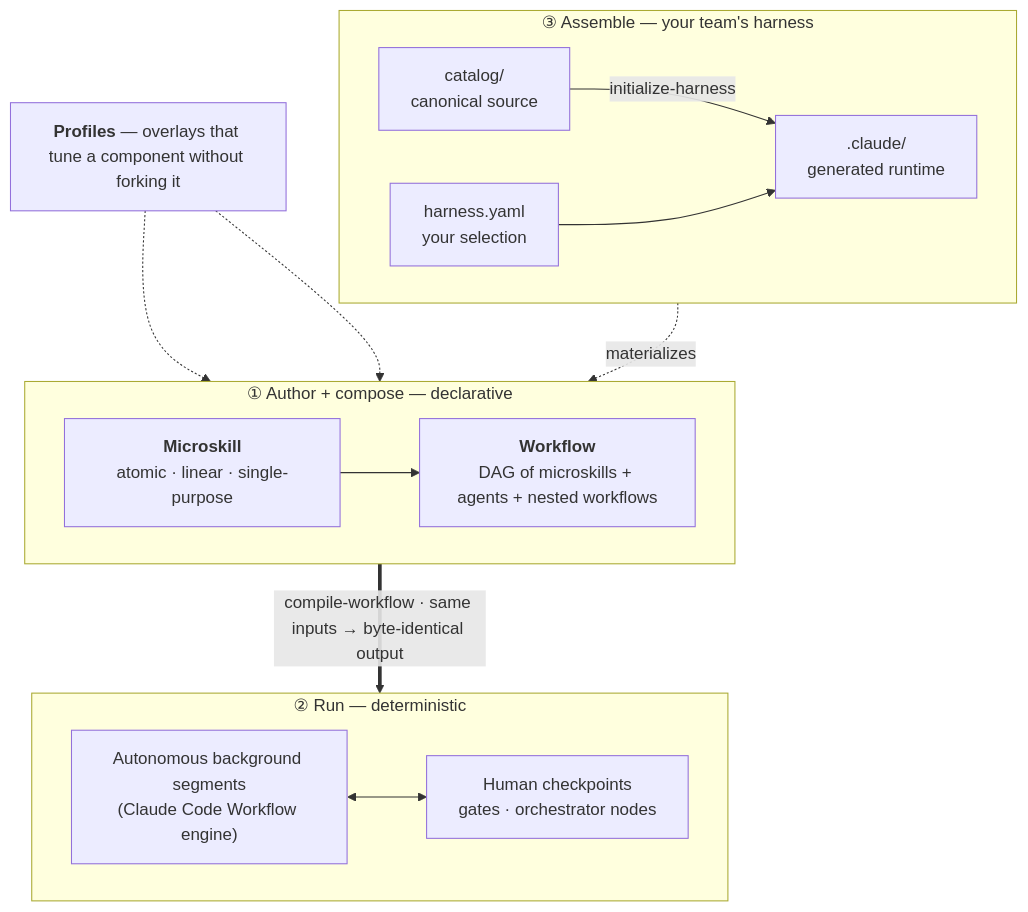
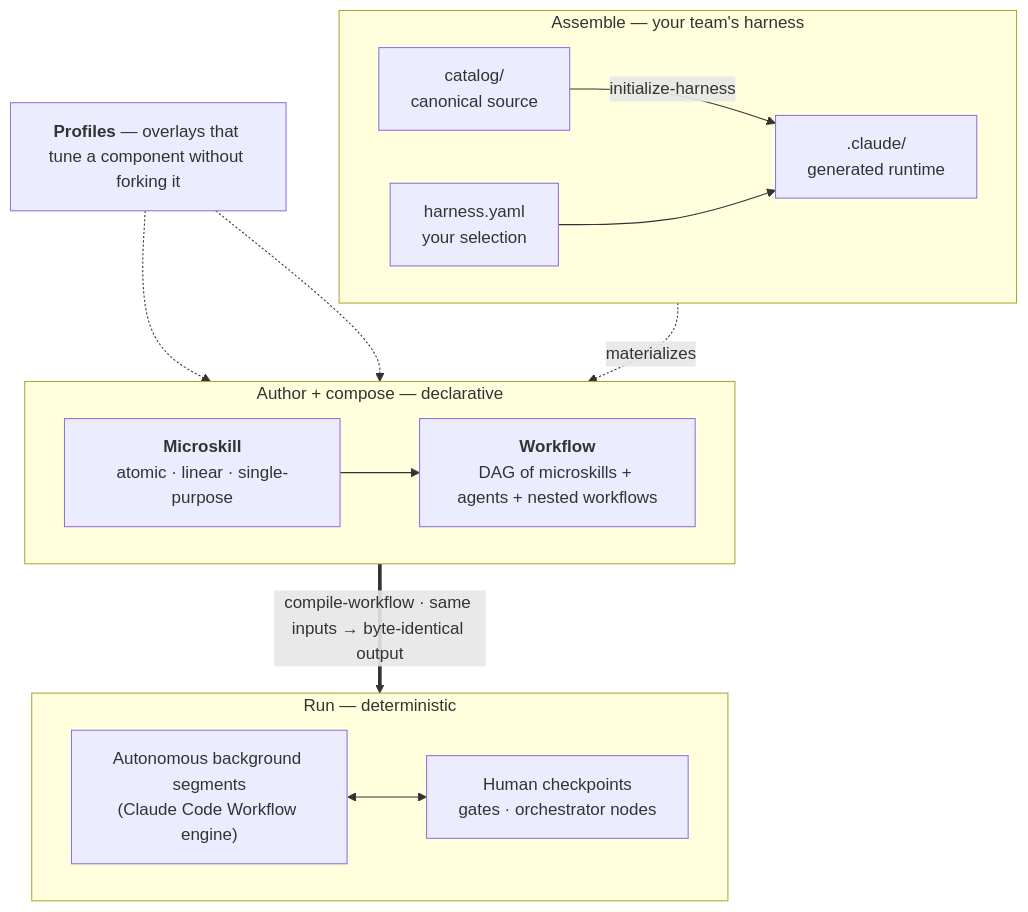
The diagram in README.md (sharmankitdev/microskills), drawn with Mermaid before and after one commit. The commit also changed other lines of this file, not shown here.

First line of the commit message:
docs(readme): fix arch diagram overlap, drop numbers, add profile diff (#2)

````diff
--- a/README.md
+++ b/README.md
@@ -34,30 +34,30 @@
 ```mermaid
 flowchart TB
-    subgraph compose["① Author + compose — declarative"]
+    subgraph compose["Author + compose — declarative"]
         direction LR
         MS["<b>Microskill</b><br/>atomic · linear · single-purpose"]
         WF["<b>Workflow</b><br/>DAG of microskills + agents + nested workflows"]
         MS --> WF
     end
 
     PR["<b>Profiles</b> — overlays that tune a component without forking it"]
     PR -.-> MS
     PR -.-> WF
 
-    WF ==>|"compile-workflow · same inputs → byte-identical output"| SEG
-
-    subgraph run["② Run — deterministic"]
+    subgraph run["Run — deterministic"]
         direction LR
         SEG["Autonomous background segments<br/>(Claude Code Workflow engine)"]
         CHK["Human checkpoints<br/>gates · orchestrator nodes"]
         SEG <--> CHK
     end
 
-    subgraph harness["③ Assemble — your team's harness"]
+    WF ==>|"compile-workflow · same inputs → byte-identical output"| run
+
+    subgraph harness["Assemble — your team's harness"]
         direction LR
         CAT["catalog/<br/>canonical source"] -->|initialize-harness| CL[".claude/<br/>generated runtime"]
         HY["harness.yaml<br/>your selection"] --> CL
     end
 
     CL -.->|materializes| compose
 ```
````
